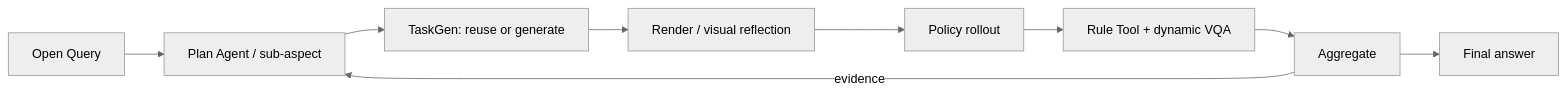
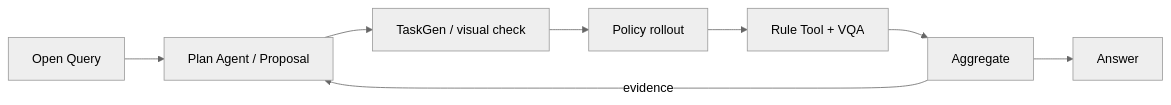
The diagram in docs/evidence/current/README.md (Yutenji-Nyamu/mea), drawn with Mermaid (neutral theme) before and after one commit. The commit also changed other lines of this file and 3 other files, not shown here.

````diff
--- a/docs/evidence/current/README.md
+++ b/docs/evidence/current/README.md
@@ -17,11 +17,10 @@
 ```mermaid
 flowchart LR
-  Q["Open Query"] --> P["Plan Agent / sub-aspect"]
-  P --> T["TaskGen: reuse or generate"]
-  T --> I["Render / visual reflection"]
-  I --> E["Policy rollout"]
-  E --> V["Rule Tool + dynamic VQA"]
+  Q["Open Query"] --> P["Plan Agent / Proposal"]
+  P --> T["TaskGen / visual check"]
+  T --> R["Policy rollout"]
+  R --> V["Rule Tool + VQA"]
   V --> A["Aggregate"]
   A -->|"evidence"| P
-  A --> R["Final answer"]
+  A --> F["Answer"]
 ```
````
